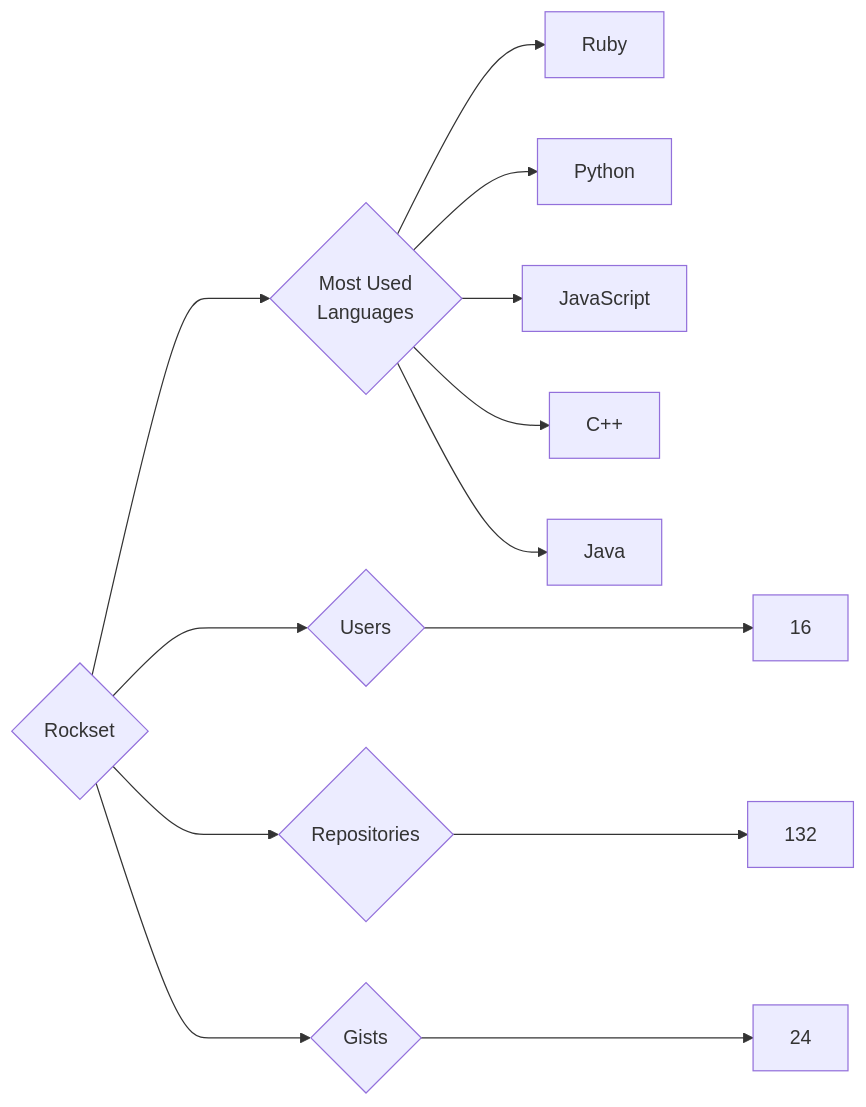
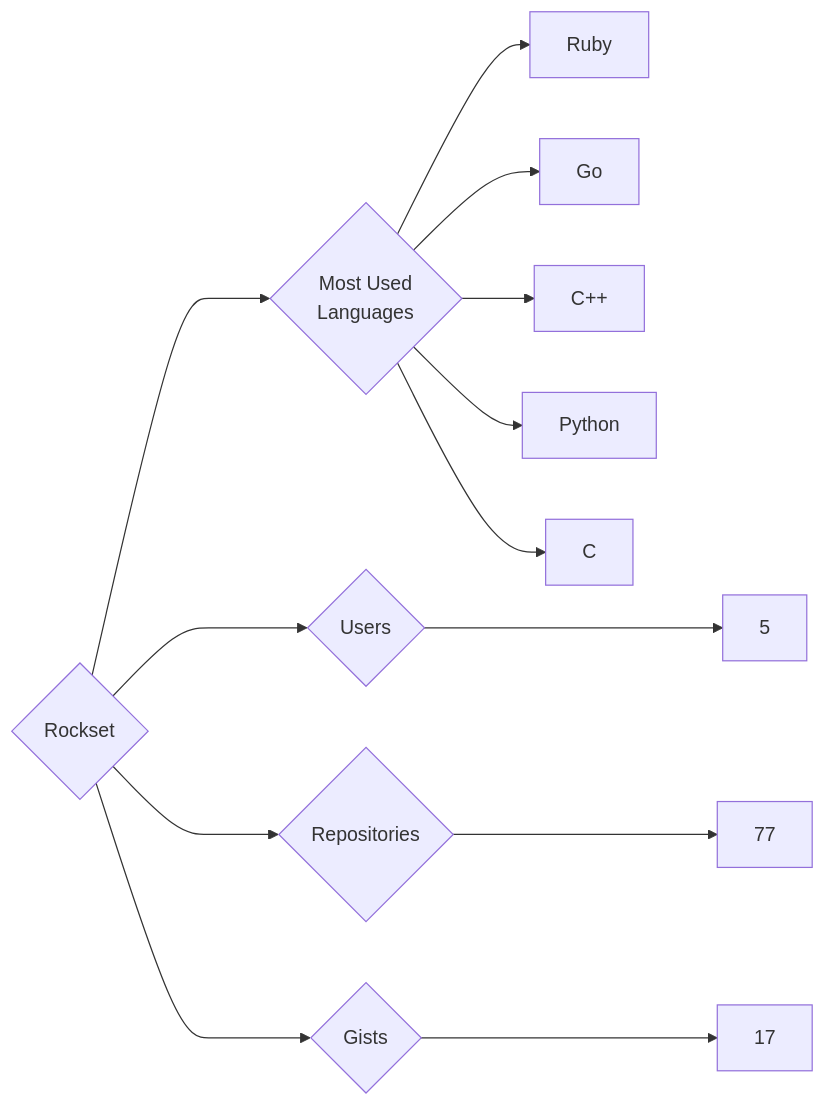
The diagram in targets/Rockset/README.md (trickest/insiders), drawn with Mermaid before and after one commit. The commit also changed 928 other files, not shown here.

````diff
--- a/targets/Rockset/README.md
+++ b/targets/Rockset/README.md
@@ -3,13 +3,13 @@
 ```mermaid
 graph LR
 COMPANY_NAME{Rockset}
-COMPANY_NAME ---> U{Users} ---> UN[16]
-COMPANY_NAME ---> R{Repositories} ---> RN[132]
-COMPANY_NAME ---> G{Gists} ---> GN[24]
+COMPANY_NAME ---> U{Users} ---> UN[5]
+COMPANY_NAME ---> R{Repositories} ---> RN[77]
+COMPANY_NAME ---> G{Gists} ---> GN[17]
 COMPANY_NAME ---> ML{Most Used<br>Languages}
 ML --> Ruby[Ruby]
+ML --> Go[Go]
+ML --> C++[C++]
 ML --> Python[Python]
-ML --> JavaScript[JavaScript]
-ML --> C++[C++]
-ML --> Java[Java]
+ML --> C[C]
 ```
````
